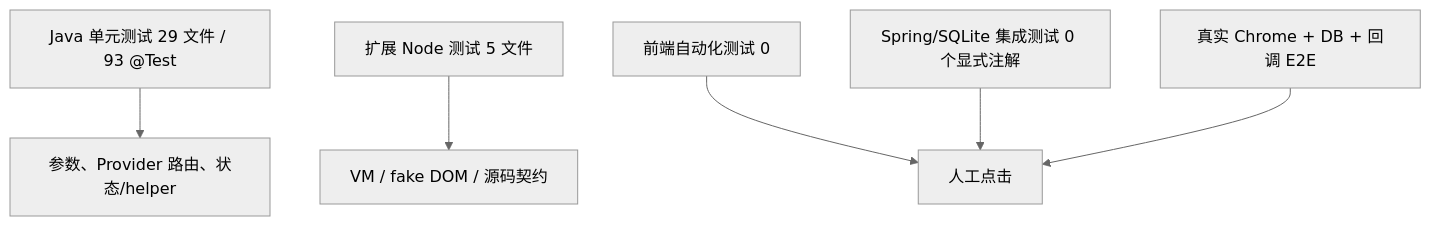
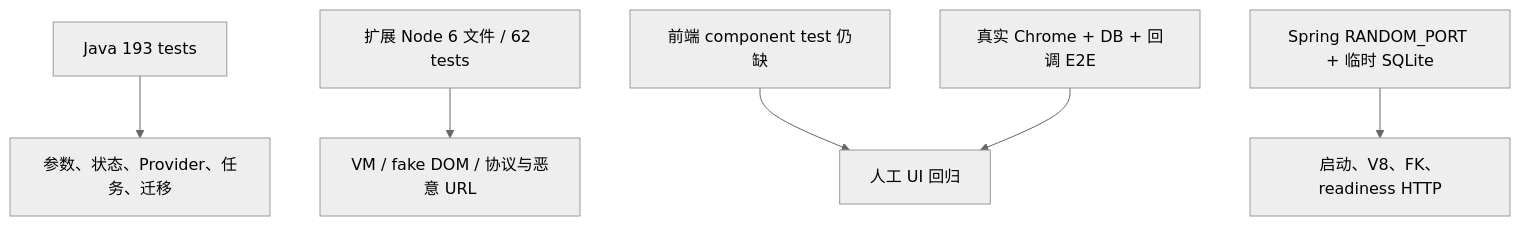
The fourth of 5 diagrams in PROJECT_AUDIT.md (damingishere-coder/AI-JobPilot), drawn with Mermaid (neutral theme) before and after one commit. The commit also changed other lines of this file and 49 other files, not shown here.

````diff
--- a/PROJECT_AUDIT.md
+++ b/PROJECT_AUDIT.md
@@ -308,8 +313,8 @@
 ```mermaid
 flowchart TD
-    UT[Java 单元测试 29 文件 / 93 @Test] --> PURE[参数、Provider 路由、状态/helper]
-    ET[扩展 Node 测试 5 文件] --> VM[VM / fake DOM / 源码契约]
-    FT[前端自动化测试 0] --> MANUAL[人工点击]
-    IT[Spring/SQLite 集成测试 0 个显式注解] --> MANUAL
+    UT[Java 193 tests] --> PURE[参数、状态、Provider、任务、迁移]
+    ET[扩展 Node 6 文件 / 62 tests] --> VM[VM / fake DOM / 协议与恶意 URL]
+    FT[前端 component test 仍缺] --> MANUAL[人工 UI 回归]
+    IT[Spring RANDOM_PORT + 临时 SQLite] --> READY[启动、V8、FK、readiness HTTP]
     E2E[真实 Chrome + DB + 回调 E2E] --> MANUAL
 ```
````
